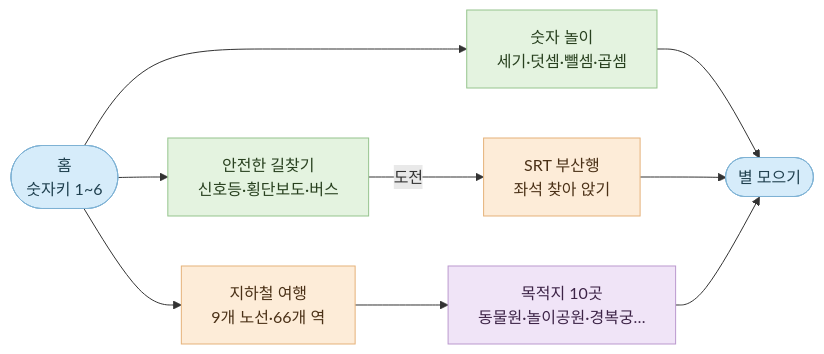
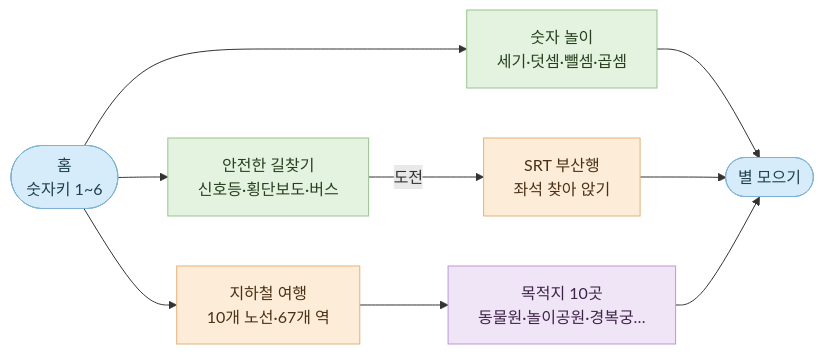
Before and after one commit to bliss-forge/numberblocks-grandprix-preview: the diagram in README.md, drawn with Mermaid. The commit also changed other lines of this file and 9 other files, not shown here.

````diff
--- a/README.md
+++ b/README.md
@@ -58,20 +58,20 @@
 ```mermaid
 flowchart LR
     home([홈<br/>숫자키 1~6]) --> math[숫자 놀이<br/>세기·덧셈·뺄셈·곱셈]
     home --> safety[안전한 길찾기<br/>신호등·횡단보도·버스]
-    home --> subway[지하철 여행<br/>9개 노선·66개 역]
+    home --> subway[지하철 여행<br/>10개 노선·67개 역]
     safety -->|도전| srt[SRT 부산행<br/>좌석 찾아 앉기]
     subway --> place[목적지 10곳<br/>동물원·놀이공원·경복궁…]
     math --> star([별 모으기])
     srt --> star
     place --> star
 
     classDef hub fill:#D6ECFA,stroke:#7FB2D4,color:#20404F
     classDef lesson fill:#E4F3E0,stroke:#95C48D,color:#28401F
     classDef ride fill:#FDECD8,stroke:#E5B27A,color:#4A3016
     classDef prize fill:#F0E4F7,stroke:#BB99CE,color:#3D2447
     class home,star hub
     class math,safety lesson
     class subway,srt ride
     class place prize
 ```
````
